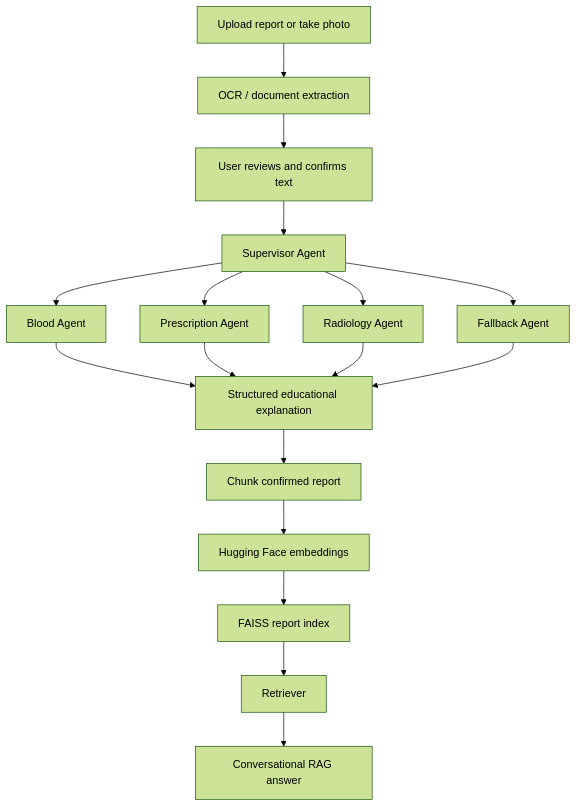
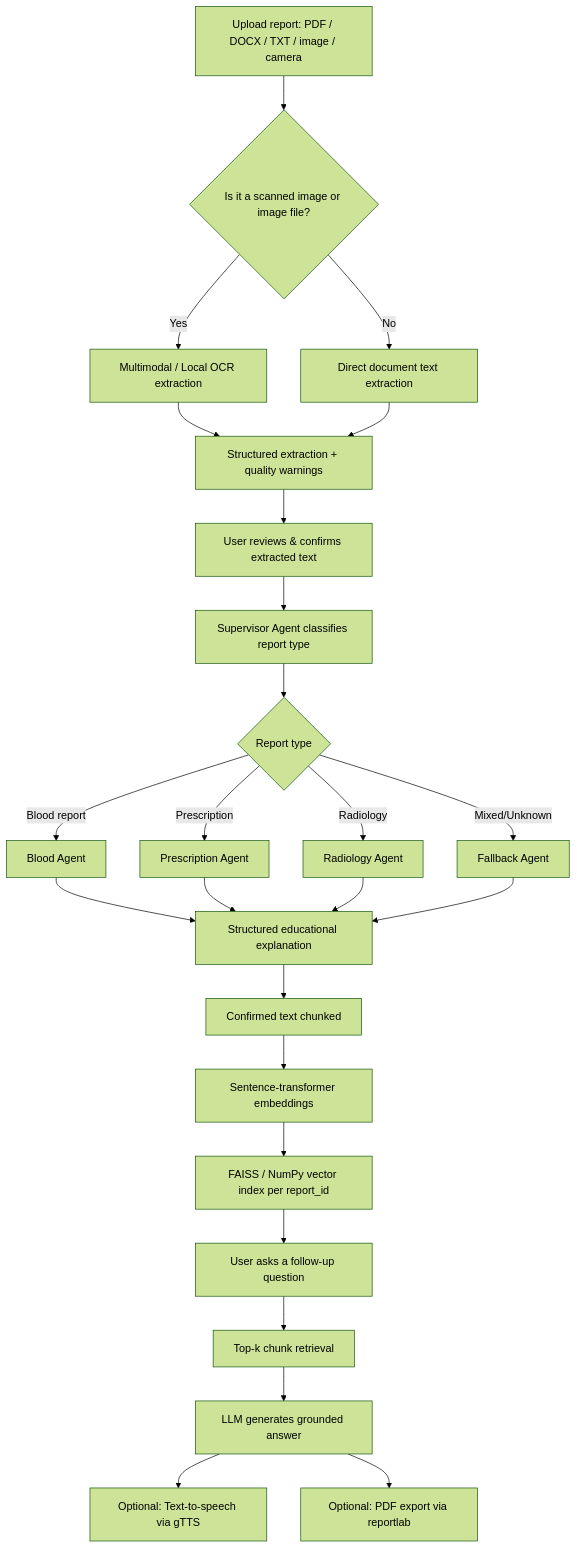
Before and after one commit to Kareenasekhon/MediSimplify-AI: the second of 2 diagrams in README.md, drawn with Mermaid (forest theme). The commit also changed other lines of this file and 22 other files, not shown here.

````diff
--- a/README.md
+++ b/README.md
@@ -33,19 +271,27 @@
 ```mermaid
 flowchart TD
-    A[Upload report or take photo] --> B[OCR / document extraction]
-    B --> C[User reviews and confirms text]
-    C --> D[Supervisor Agent]
-    D --> E[Blood Agent]
-    D --> F[Prescription Agent]
-    D --> G[Radiology Agent]
-    D --> H[Fallback Agent]
-    E --> I[Structured educational explanation]
-    F --> I
-    G --> I
-    H --> I
-    I --> J[Chunk confirmed report]
-    J --> K[Hugging Face embeddings]
-    K --> L[FAISS report index]
-    L --> M[Retriever]
-    M --> N[Conversational RAG answer]
+    A[Upload report: PDF / DOCX / TXT / image / camera] --> B{Is it a scanned image or image file?}
+    B -->|Yes| C[Multimodal / Local OCR extraction]
+    B -->|No| D[Direct document text extraction]
+    C --> E[Structured extraction + quality warnings]
+    D --> E
+    E --> F[User reviews & confirms extracted text]
+    F --> G[Supervisor Agent classifies report type]
+    G --> H{Report type}
+    H -->|Blood report| I1[Blood Agent]
+    H -->|Prescription| I2[Prescription Agent]
+    H -->|Radiology| I3[Radiology Agent]
+    H -->|Mixed/Unknown| I4[Fallback Agent]
+    I1 --> J[Structured educational explanation]
+    I2 --> J
+    I3 --> J
+    I4 --> J
+    J --> K[Confirmed text chunked]
+    K --> L[Sentence-transformer embeddings]
+    L --> M[FAISS / NumPy vector index per report_id]
+    M --> N[User asks a follow-up question]
+    N --> O[Top-k chunk retrieval]
+    O --> P[LLM generates grounded answer]
+    P --> Q[Optional: Text-to-speech via gTTS]
+    P --> R[Optional: PDF export via reportlab]
 ```
````
